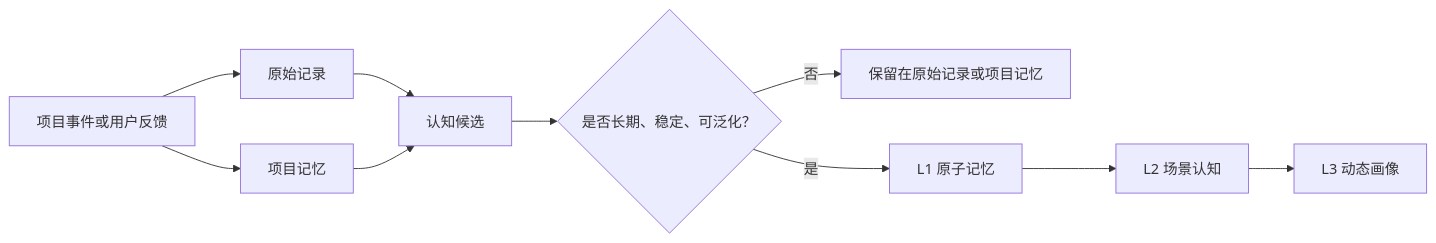
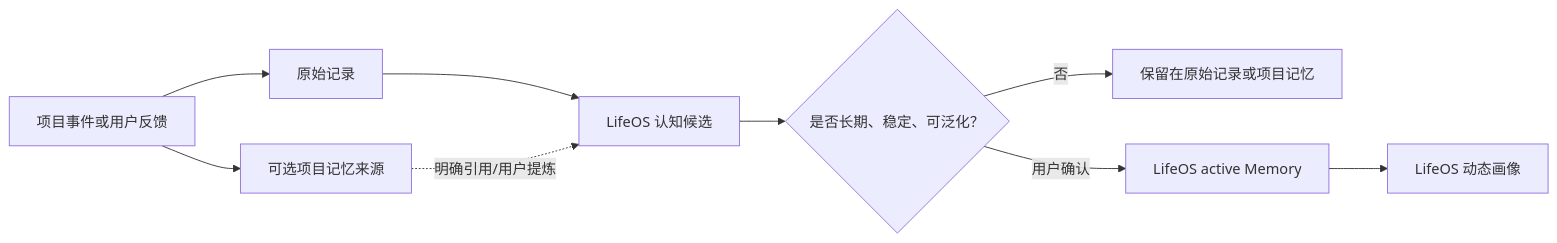
Before and after one commit to yubr-zzh/AIC-LifeOS: the second of 2 diagrams in docs/lifeos-workflow-and-memory-architecture.md, drawn with Mermaid. The commit also changed other lines of this file and 2 other files, not shown here.

Commit message:
docs(memory): define external provider boundaries

````diff
--- a/docs/lifeos-workflow-and-memory-architecture.md
+++ b/docs/lifeos-workflow-and-memory-architecture.md
@@ -273,12 +283,11 @@
 ```mermaid
 flowchart LR
     EVENT["项目事件或用户反馈"] --> RAW["原始记录"]
-    EVENT --> PM["项目记忆"]
-    RAW --> CANDIDATE["认知候选"]
-    PM --> CANDIDATE
+    EVENT --> PM["可选项目记忆来源"]
+    RAW --> CANDIDATE["LifeOS 认知候选"]
+    PM -.->|明确引用/用户提炼| CANDIDATE
     CANDIDATE --> CHECK{"是否长期、稳定、可泛化？"}
     CHECK -->|否| KEEP["保留在原始记录或项目记忆"]
-    CHECK -->|是| ATOMIC["L1 原子记忆"]
-    ATOMIC --> SCENE["L2 场景认知"]
-    SCENE --> PROFILE["L3 动态画像"]
+    CHECK -->|用户确认| ATOMIC["LifeOS active Memory"]
+    ATOMIC --> PROFILE["LifeOS 动态画像"]
 ```
````
